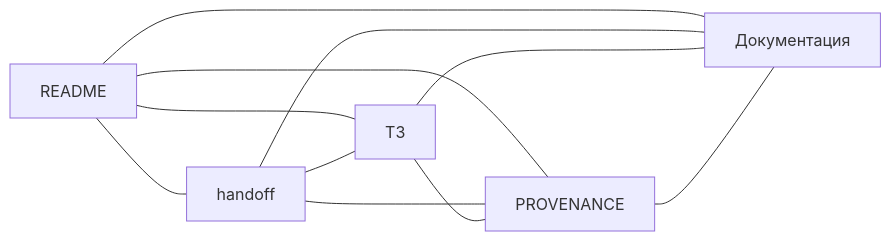
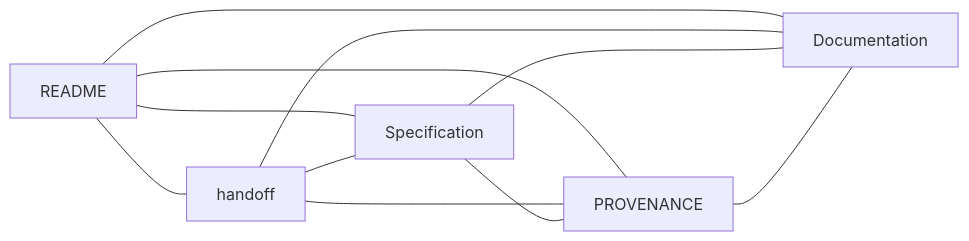
Before and after one commit to Dimkox/liqvera: the diagram in README.md, drawn with Mermaid. The commit also changed other lines of this file and 25 other files, not shown here.

````diff
--- a/README.md
+++ b/README.md
@@ -27,13 +27,13 @@
 ```mermaid
 graph LR
     R[README] --- H[handoff]
-    R --- T[ТЗ]
+    R --- T[Specification]
     R --- P[PROVENANCE]
-    R --- D[Документация]
+    R --- D[Documentation]
     H --- T
     H --- P
     H --- D
     T --- P
     T --- D
     P --- D
 ```
````
